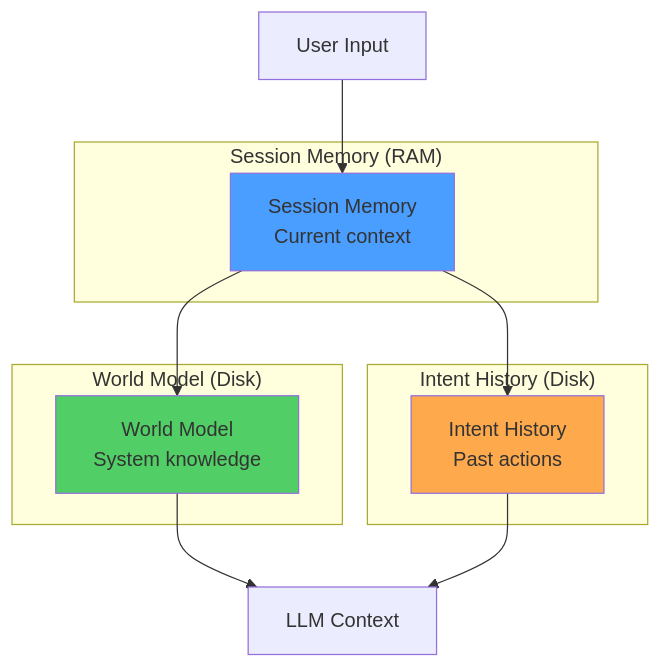
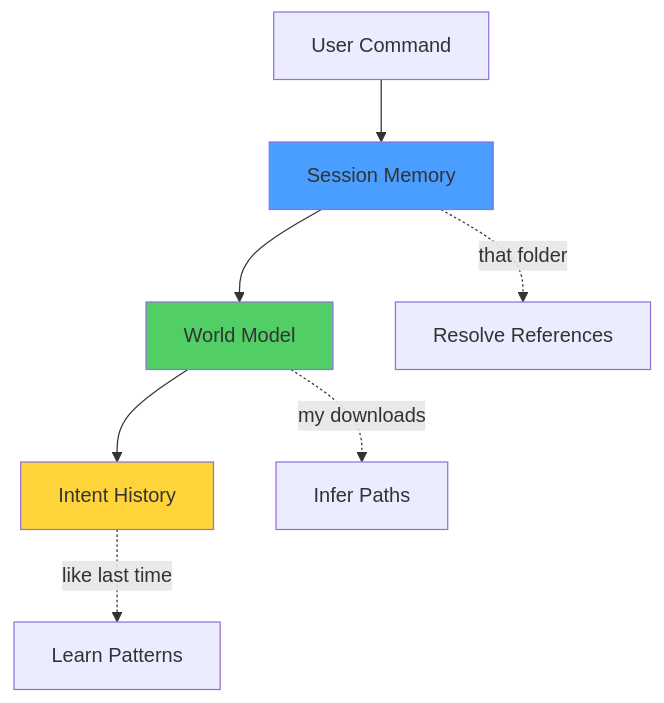
One commit to Guillhermm/zenus_os changed the diagram in docs/architecture/04-memory-system.md. Above: the diagram before and after it, drawn with Mermaid. The commit also changed other lines of this file and 3 other files, not shown here.

First line of the commit message:
Implement memory system with three layers

````diff
--- a/docs/architecture/04-memory-system.md
+++ b/docs/architecture/04-memory-system.md
@@ -14,24 +9,14 @@
 ```mermaid
 graph TB
-    subgraph "Session Memory (RAM)"
-        SM[Session Memory<br/>Current context]
-    end
+    User[User Command] --> Session[Session Memory]
+    Session --> World[World Model]
+    World --> Intent[Intent History]
     
-    subgraph "World Model (Disk)"
-        WM[World Model<br/>System knowledge]
-    end
+    Session -.->|"that folder"| Resolve[Resolve References]
+    World -.->|"my downloads"| Infer[Infer Paths]
+    Intent -.->|"like last time"| Learn[Learn Patterns]
     
-    subgraph "Intent History (Disk)"
-        IH[Intent History<br/>Past actions]
-    end
-    
-    User[User Input] --> SM
-    SM --> WM
-    SM --> IH
-    WM --> LLM[LLM Context]
-    IH --> LLM
-    
-    style SM fill:#4a9eff
-    style WM fill:#51cf66
-    style IH fill:#ffa94d
+    style Session fill:#4a9eff
+    style World fill:#51cf66
+    style Intent fill:#ffd43b
 ```
````
